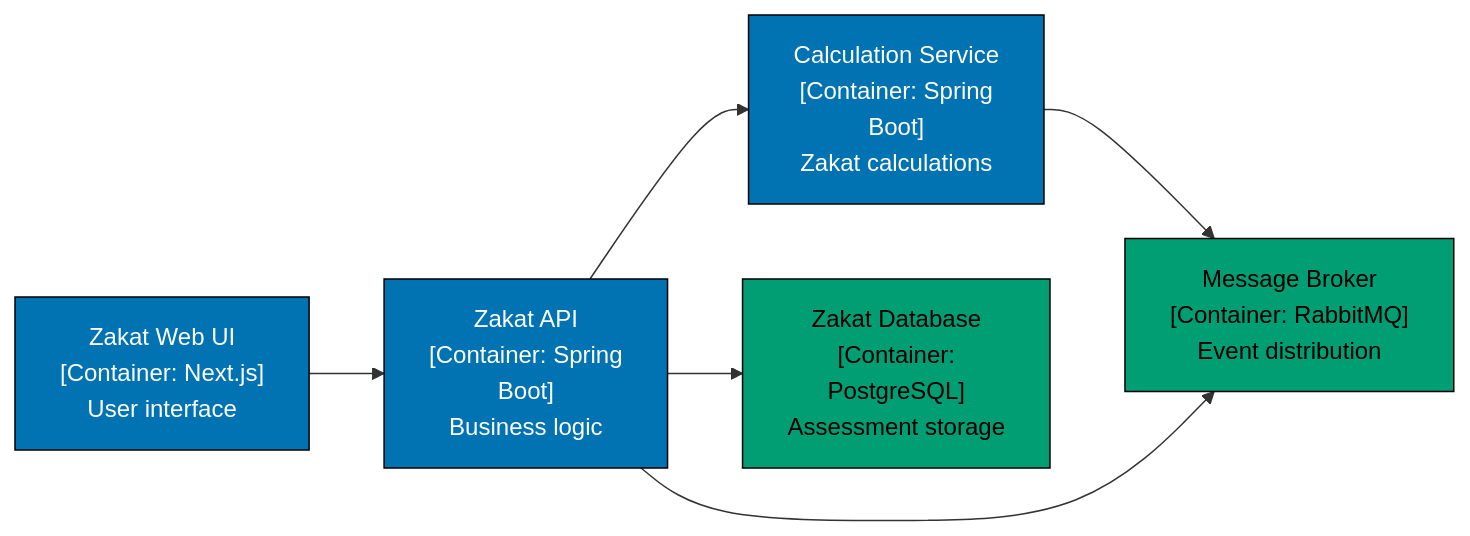
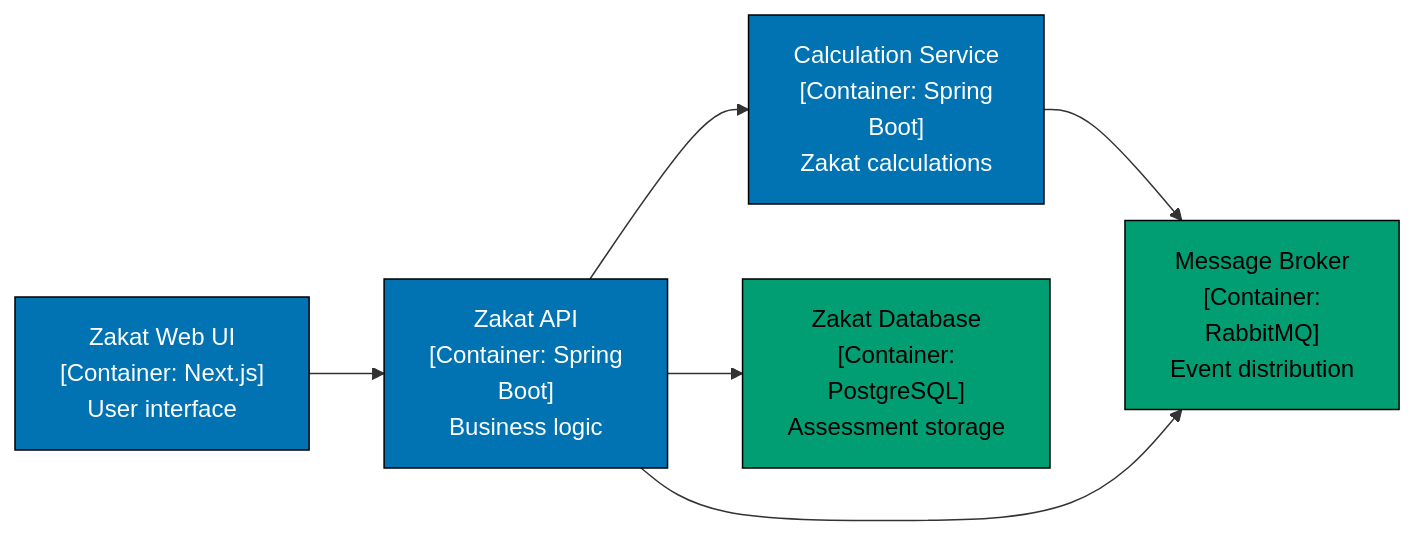
One commit to wahidyankf/ose-public changed the second of 2 diagrams in docs/explanation/software-engineering/architecture/c4-architecture-model/diagram-standards.md. Above: the diagram before and after it, drawn with Mermaid. The commit also changed other lines of this file and 220 other files, not shown here.

First line of the commit message:
docs: split mermaid labels to 20 graphemes and add palette defaults

````diff
--- a/docs/explanation/software-engineering/architecture/c4-architecture-model/diagram-standards.md
+++ b/docs/explanation/software-engineering/architecture/c4-architecture-model/diagram-standards.md
@@ -206,19 +207,20 @@
 ```mermaid
 graph LR
     accTitle: Alignment with DDD Bounded Contexts
     accDescr: Zakat Web UI Container: Next.js User interface leads to Zakat API Container: Spring Boot Business logic; Zakat API Container: Spring Boot Business logic leads to Zakat Database Container: PostgreSQL Assessment storage; and 3 more links.
     Web["Zakat Web UI<br/>[Container: Next.js]<br/>User interface"]:::blue
     API["Zakat API<br/>[Container: Spring<br/>Boot]<br/>Business logic"]:::blue
     CalcService["Calculation Service<br/>[Container: Spring<br/>Boot]<br/>Zakat calculations"]:::blue
     DB["Zakat Database<br/>[Container:<br/>PostgreSQL]<br/>Assessment storage"]:::teal
-    MQ["Message Broker<br/>[Container: RabbitMQ]<br/>Event distribution"]:::teal
+    MQ["Message Broker<br/>[Container:<br/>RabbitMQ]<br/>Event distribution"]:::teal
 
     Web --> API
     API --> DB
     API --> CalcService
     CalcService --> MQ
     API --> MQ
 
     classDef blue fill:#0173B2,stroke:#000000,color:#FFFFFF
     classDef teal fill:#029E73,stroke:#000000,color:#000000
+    classDef default fill:#FFFFFF,stroke:#000000,color:#000000
 ```
````
